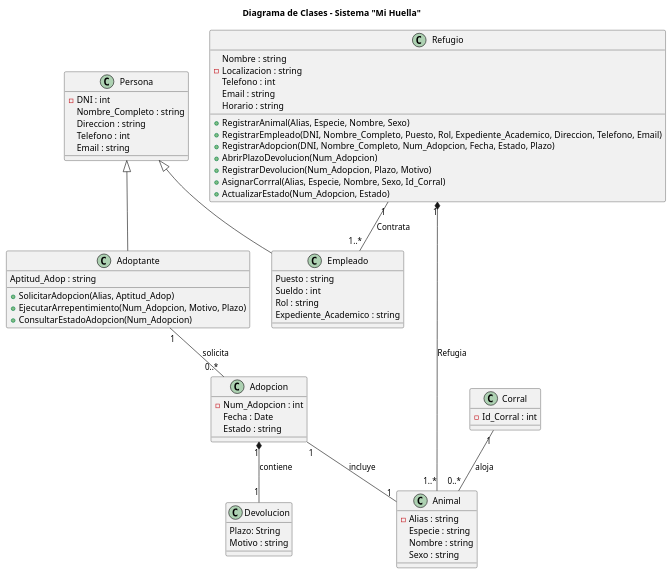
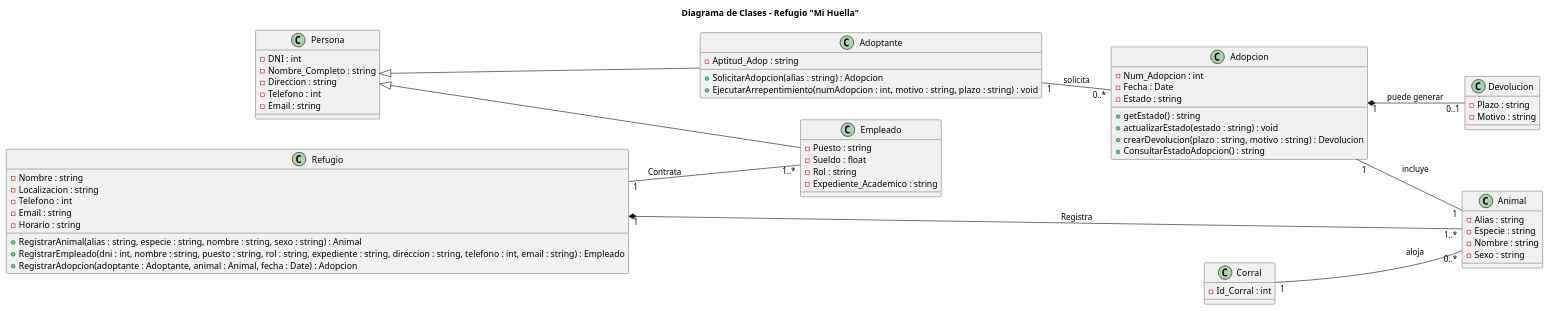
The diagram in 06 - Diagrama De Clases/DiagramaDeClases.puml (nniccolas/proyecto-refugio-de-animales), drawn with PlantUML before and after one commit.

Commit message:
Correción DiagramaDeClases.puml

```diff
--- a/06 - Diagrama De Clases/DiagramaDeClases.puml
+++ b/06 - Diagrama De Clases/DiagramaDeClases.puml
@@ -1,79 +1,84 @@
 @startuml
+title Diagrama de Clases - Refugio "Mi Huella" 
 
-title Diagrama de Clases - Sistema "Mi Huella"
+
+left to right direction
+
 
 class Persona {
   - DNI : int
-   Nombre_Completo : string
-   Direccion : string
-   Telefono : int
-   Email : string
+  - Nombre_Completo : string
+  - Direccion : string
+  - Telefono : int
+  - Email : string
 }
 
 class Adoptante {
-    Aptitud_Adop : string
-  
-  + SolicitarAdopcion(Alias, Aptitud_Adop)
-  + EjecutarArrepentimiento(Num_Adopcion, Motivo, Plazo)
-  + ConsultarEstadoAdopcion(Num_Adopcion)
+  - Aptitud_Adop : string
+
+  + SolicitarAdopcion(alias : string) : Adopcion
+  + EjecutarArrepentimiento(numAdopcion : int, motivo : string, plazo : string) : void
 }
 
 class Empleado {
-    Puesto : string
-    Sueldo : int
-    Rol : string
-    Expediente_Academico : string
+  - Puesto : string
+  - Sueldo : float
+  - Rol : string
+  - Expediente_Academico : string
 }
 
 class Refugio {
-    Nombre : string
+  - Nombre : string
   - Localizacion : string
-    Telefono : int
-    Email : string
-    Horario : string
-  
-  + RegistrarAnimal(Alias, Especie, Nombre, Sexo)
-  + RegistrarEmpleado(DNI, Nombre_Completo, Puesto, Rol, Expediente_Academico, Direccion, Telefono, Email)
-  + RegistrarAdopcion(DNI, Nombre_Completo, Num_Adopcion, Fecha, Estado, Plazo)
-  + AbrirPlazoDevolucion(Num_Adopcion)
-  + RegistrarDevolucion(Num_Adopcion, Plazo, Motivo)
-  + AsignarCorrral(Alias, Especie, Nombre, Sexo, Id_Corral)
-  + ActualizarEstado(Num_Adopcion, Estado)
-}
+  - Telefono : int
+  - Email : string
+  - Horario : string
 
-class Animal {
-  - Alias : string
-    Especie : string
-    Nombre : string
-    Sexo : string
+  + RegistrarAnimal(alias : string, especie : string, nombre : string, sexo : string) : Animal
+  + RegistrarEmpleado(dni : int, nombre : string, puesto : string, rol : string, expediente : string, direccion : string, telefono : int, email : string) : Empleado
+  + RegistrarAdopcion(adoptante : Adoptante, animal : Animal, fecha : Date) : Adopcion
 }
 
 class Corral {
   - Id_Corral : int
 }
 
+class Animal {
+  - Alias : string
+  - Especie : string
+  - Nombre : string
+  - Sexo : string
+}
+
 class Adopcion {
   - Num_Adopcion : int
-    Fecha : Date
-    Estado : string
+  - Fecha : Date
+  - Estado : string
+
+  + getEstado() : string
+  + actualizarEstado(estado : string) : void
+  + crearDevolucion(plazo : string, motivo : string) : Devolucion
+  + ConsultarEstadoAdopcion() : string
 }
 
 class Devolucion {
-    Plazo: String
-    Motivo : string
+  - Plazo : string
+  - Motivo : string
 }
+
 
 Persona <|-- Adoptante
 Persona <|-- Empleado
 
-Refugio "1" *-- "1..*" Animal : Refugia
+
+Refugio "1" *-- "1..*" Animal : Registra
 Refugio "1" -- "1..*" Empleado : Contrata
-
-Adoptante "1" -- "0..*" Adopcion : solicita
-
-Adopcion "1" -- "1" Animal : incluye
-Adopcion "1" *-- "1" Devolucion : contiene
 
 Corral "1" -- "0..*" Animal : aloja
 
+Adoptante "1" -- "0..*" Adopcion : solicita
+Adopcion "1" -- "1" Animal : incluye
+
+Adopcion "1" *-- "0..1" Devolucion : puede generar
+
 @enduml
```
